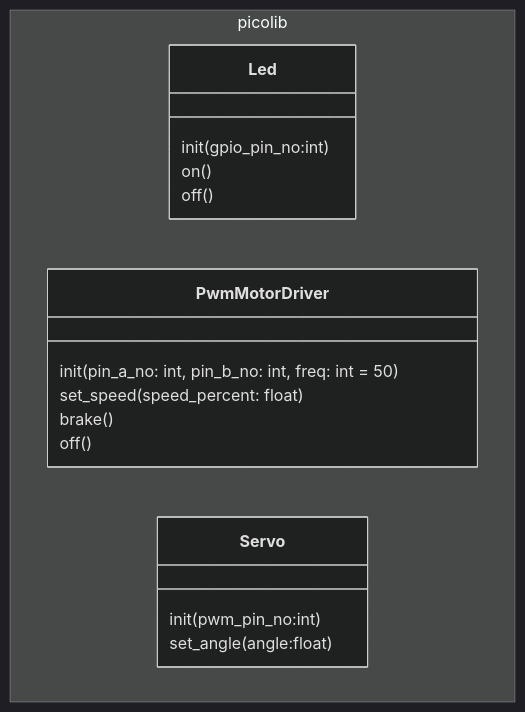
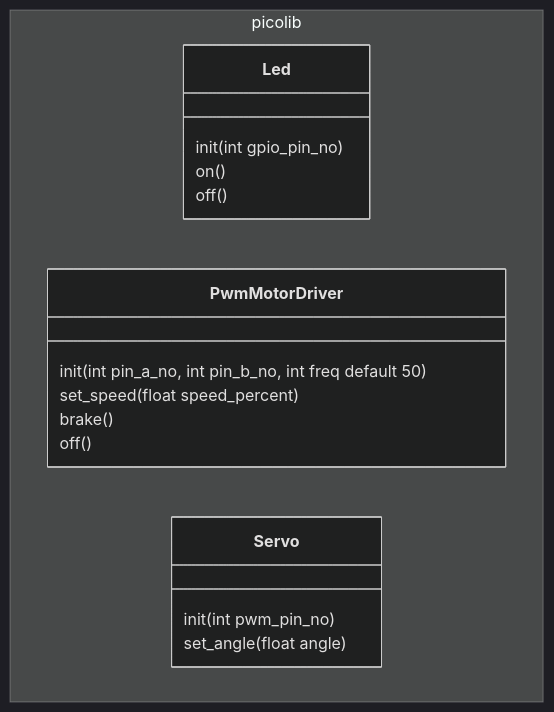
One commit to ModokiSealsky/ElectronicWork changed the first of 5 diagrams in Library/picolib/README.md. Above: the diagram before and after it, drawn with Mermaid (dark theme). The commit also changed other lines of this file, not shown here.

Commit message:
クラス図の引数型の書式を修正

````diff
--- a/Library/picolib/README.md
+++ b/Library/picolib/README.md
@@ -19,22 +19,22 @@
 ```mermaid
 classDiagram
 namespace picolib {
     class Led{
-        init(gpio_pin_no:int)
+        init(int gpio_pin_no)
         on()
         off()
     }
 
     class PwmMotorDriver{
-        init(pin_a_no: int, pin_b_no: int, freq: int = 50)
-        set_speed(speed_percent: float)
+        init(int pin_a_no, int pin_b_no, int freq default 50)
+        set_speed(float speed_percent)
         brake()
         off()
     }
 
     class Servo{
-        init(pwm_pin_no:int)
-        set_angle(angle:float)
+        init(int pwm_pin_no)
+        set_angle(float angle)
     }
 }
 ```
````
